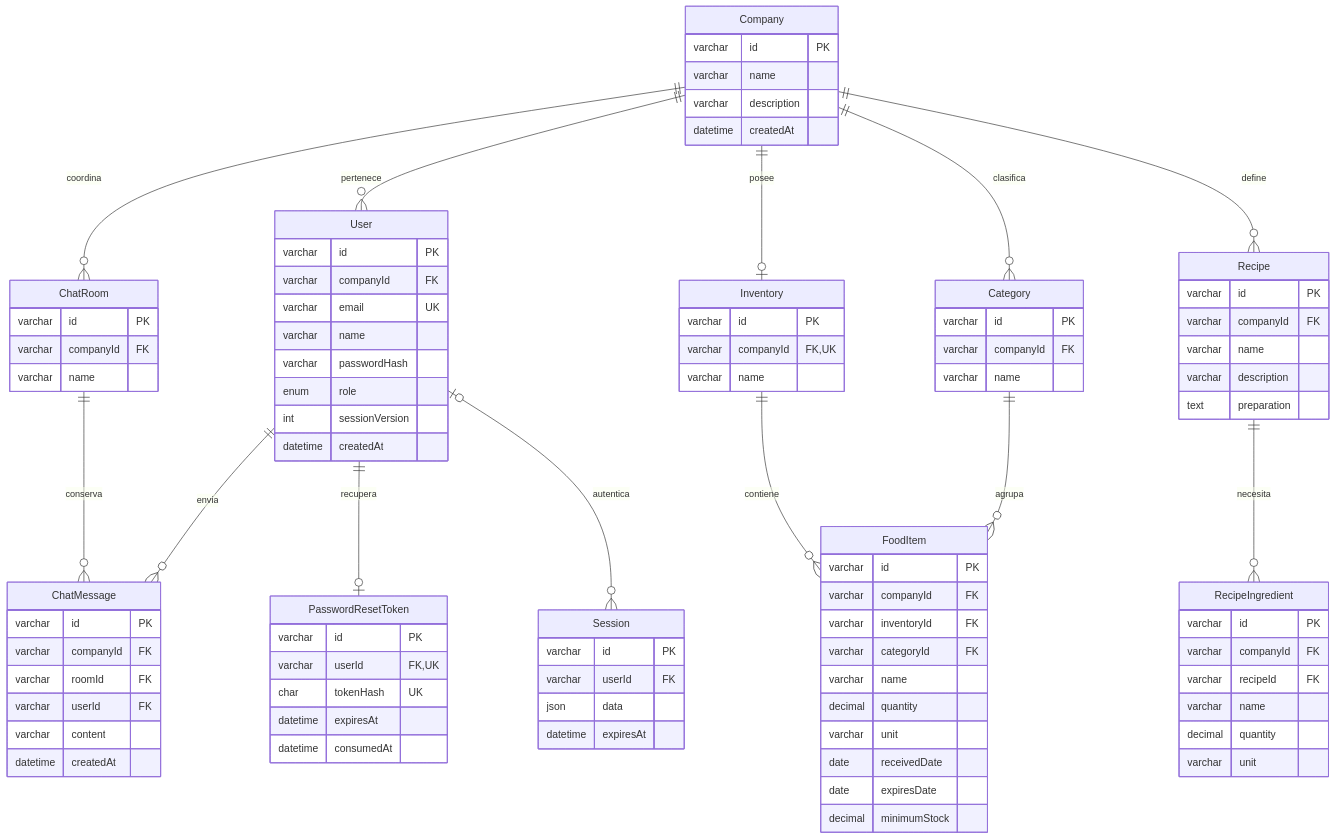
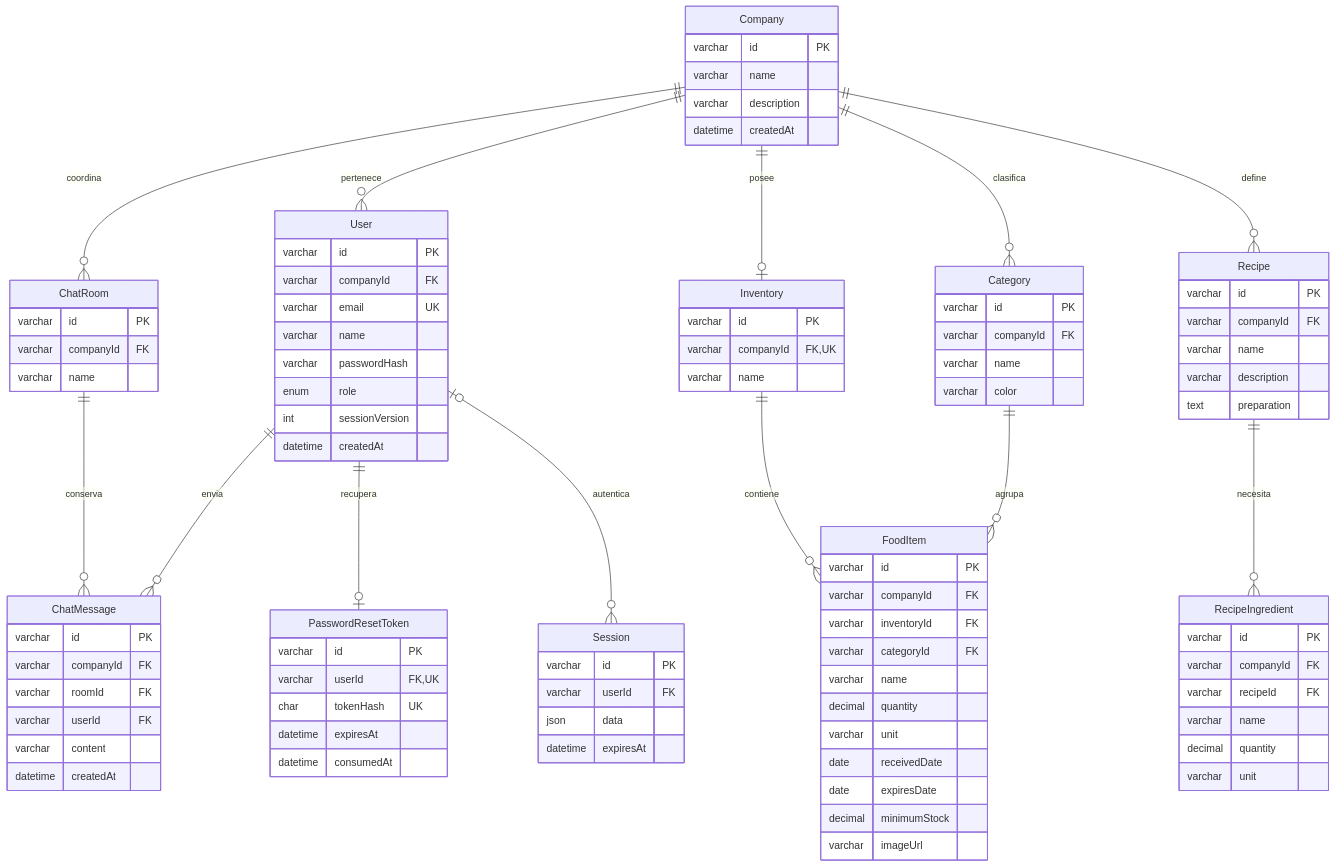
One commit to ElErick-MG/Food-Waste-Fighter-WebAvanzadas changed the second of 2 diagrams in docs/4.Arquitectura/TECHNICAL_REFERENCE.md. Above: the diagram before and after it, drawn with Mermaid. The commit also changed other lines of this file and 15 other files, not shown here.

```diff
--- a/docs/4.Arquitectura/TECHNICAL_REFERENCE.md
+++ b/docs/4.Arquitectura/TECHNICAL_REFERENCE.md
@@ -88,6 +88,7 @@
     varchar id PK
     varchar companyId FK
     varchar name
+    varchar color
   }
   FoodItem {
     varchar id PK
@@ -100,6 +101,7 @@
     date receivedDate
     date expiresDate
     decimal minimumStock
+    varchar imageUrl
   }
   Recipe {
     varchar id PK
```
